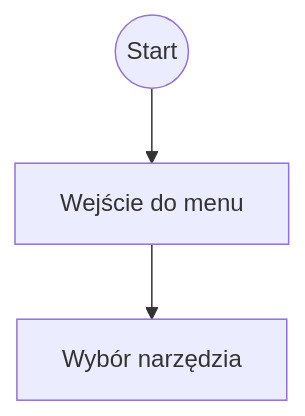
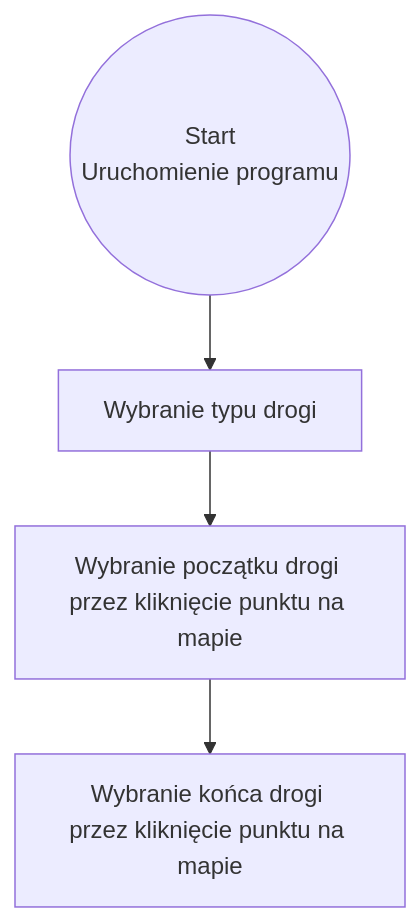
One commit to Vomiroy/Symulator-ruchu-drogowego changed the diagram in docs/user_flow.md. Above: the diagram before and after it, drawn with Mermaid.

````diff
--- a/docs/user_flow.md
+++ b/docs/user_flow.md
@@ -1,5 +1,7 @@
 ```mermaid
 flowchart TD
-    A((Start)) --> B[Wejście do menu]
-    B[Wejście do menu] --> C[Wybór narzędzia]
+    A((Start
+Uruchomienie programu)) --> B[Wybranie typu drogi]
+    B --> C[Wybranie początku drogi przez kliknięcie punktu na mapie]
+    C --> D[Wybranie końca drogi przez kliknięcie punktu na mapie]
 ```
````
